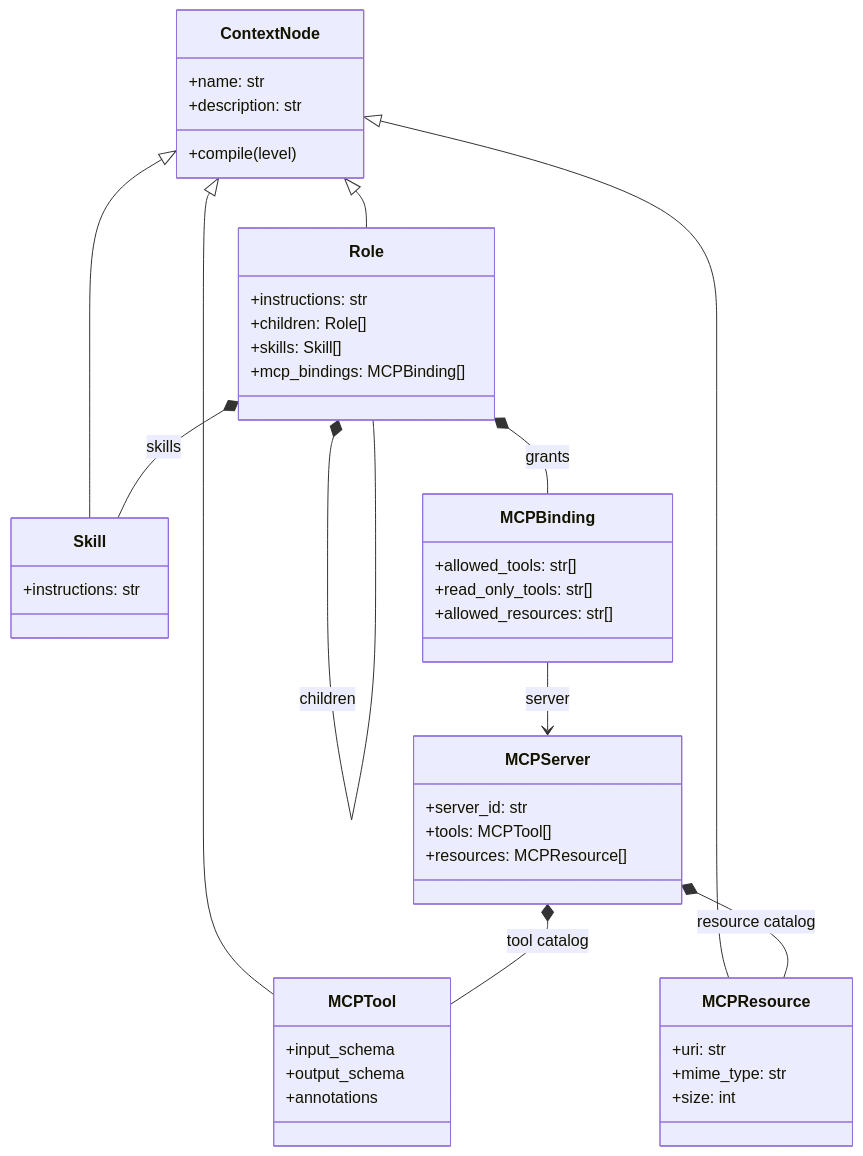
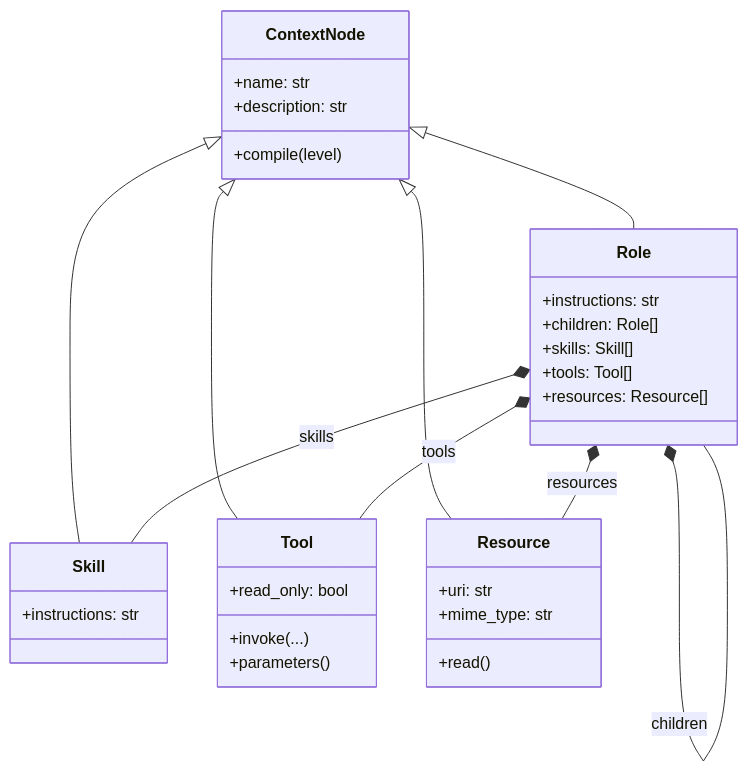
The diagram in docs/01-role-object-model.md (CarterShi01/Contexture), drawn with Mermaid before and after one commit. The commit also changed other lines of this file and 7 other files, not shown here.

````diff
--- a/docs/01-role-object-model.md
+++ b/docs/01-role-object-model.md
@@ -458,54 +438,41 @@
 ```mermaid
 classDiagram
     class ContextNode {
         +name: str
         +description: str
         +compile(level)
     }
 
     class Role {
         +instructions: str
         +children: Role[]
         +skills: Skill[]
-        +mcp_bindings: MCPBinding[]
+        +tools: Tool[]
+        +resources: Resource[]
     }
 
     class Skill {
         +instructions: str
     }
 
-    class MCPTool {
-        +input_schema
-        +output_schema
-        +annotations
+    class Tool {
+        +read_only: bool
+        +invoke(...)
+        +parameters()
     }
 
-    class MCPResource {
+    class Resource {
         +uri: str
         +mime_type: str
-        +size: int
-    }
-
-    class MCPServer {
-        +server_id: str
-        +tools: MCPTool[]
-        +resources: MCPResource[]
-    }
-
-    class MCPBinding {
-        +allowed_tools: str[]
-        +read_only_tools: str[]
-        +allowed_resources: str[]
+        +read()
     }
 
     ContextNode <|-- Role
     ContextNode <|-- Skill
-    ContextNode <|-- MCPTool
-    ContextNode <|-- MCPResource
+    ContextNode <|-- Tool
+    ContextNode <|-- Resource
     Role *-- Role : children
     Role *-- Skill : skills
-    Role *-- MCPBinding : grants
-    MCPBinding --> MCPServer : server
-    MCPServer *-- MCPTool : tool catalog
-    MCPServer *-- MCPResource : resource catalog
+    Role *-- Tool : tools
+    Role *-- Resource : resources
 ```
````
